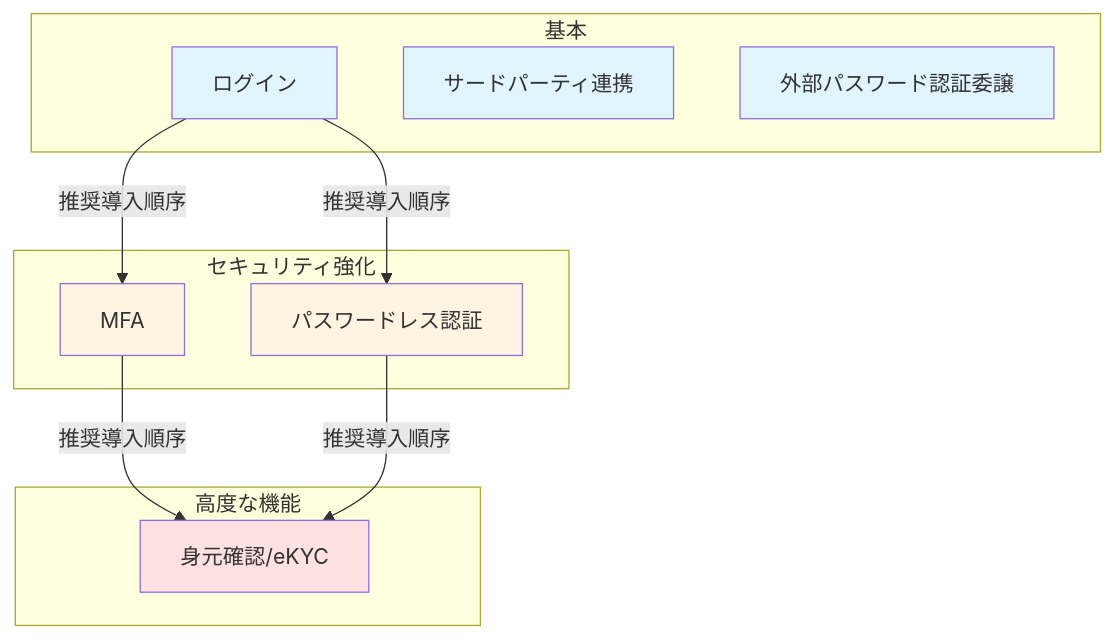
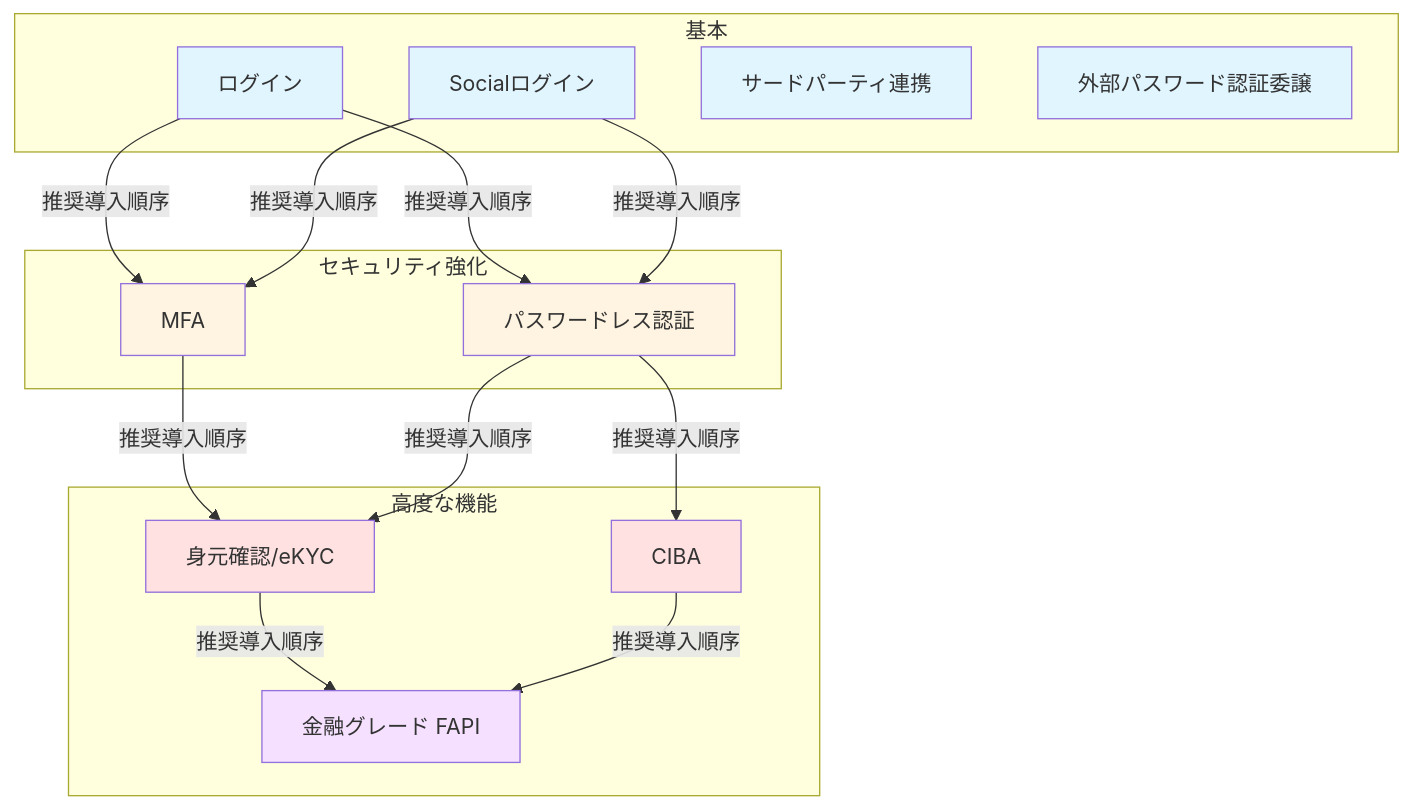
One commit to hirokazu-kobayashi-koba-hiro/idp-server changed the diagram in documentation/docs/content_02_quickstart/quickstart-03-common-use-cases.md. Above: the diagram before and after it, drawn with Mermaid. The commit also changed other lines of this file and 9 other files, not shown here.

````diff
--- a/documentation/docs/content_02_quickstart/quickstart-03-common-use-cases.md
+++ b/documentation/docs/content_02_quickstart/quickstart-03-common-use-cases.md
@@ -9,29 +10,40 @@
 ```mermaid
 graph TB
     subgraph 基本
         A[ログイン]
+        A2[Socialログイン]
         E[サードパーティ連携]
         F[外部パスワード認証委譲]
     end
 
     subgraph セキュリティ強化
         B[MFA]
         C[パスワードレス認証]
     end
 
     subgraph 高度な機能
         D[身元確認/eKYC]
+        G[CIBA]
+        H[金融グレード FAPI]
     end
 
     A -->|推奨導入順序| B
     A -->|推奨導入順序| C
+    A2 -->|推奨導入順序| B
+    A2 -->|推奨導入順序| C
     B -->|推奨導入順序| D
     C -->|推奨導入順序| D
+    C -->|推奨導入順序| G
+    D -->|推奨導入順序| H
+    G -->|推奨導入順序| H
 
     style A fill:#e1f5ff
+    style A2 fill:#e1f5ff
     style E fill:#e1f5ff
     style B fill:#fff4e1
     style C fill:#fff4e1
     style F fill:#e1f5ff
     style D fill:#ffe1e1
+    style G fill:#ffe1e1
+    style H fill:#f5e1ff
 ```
````
